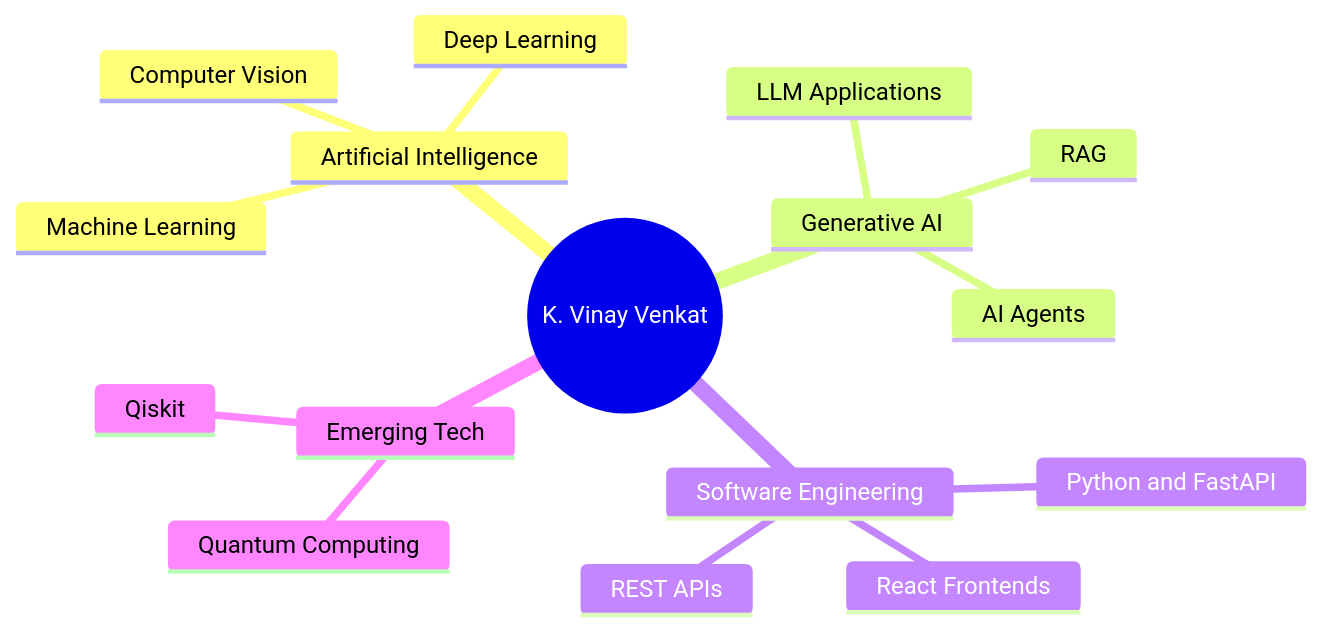
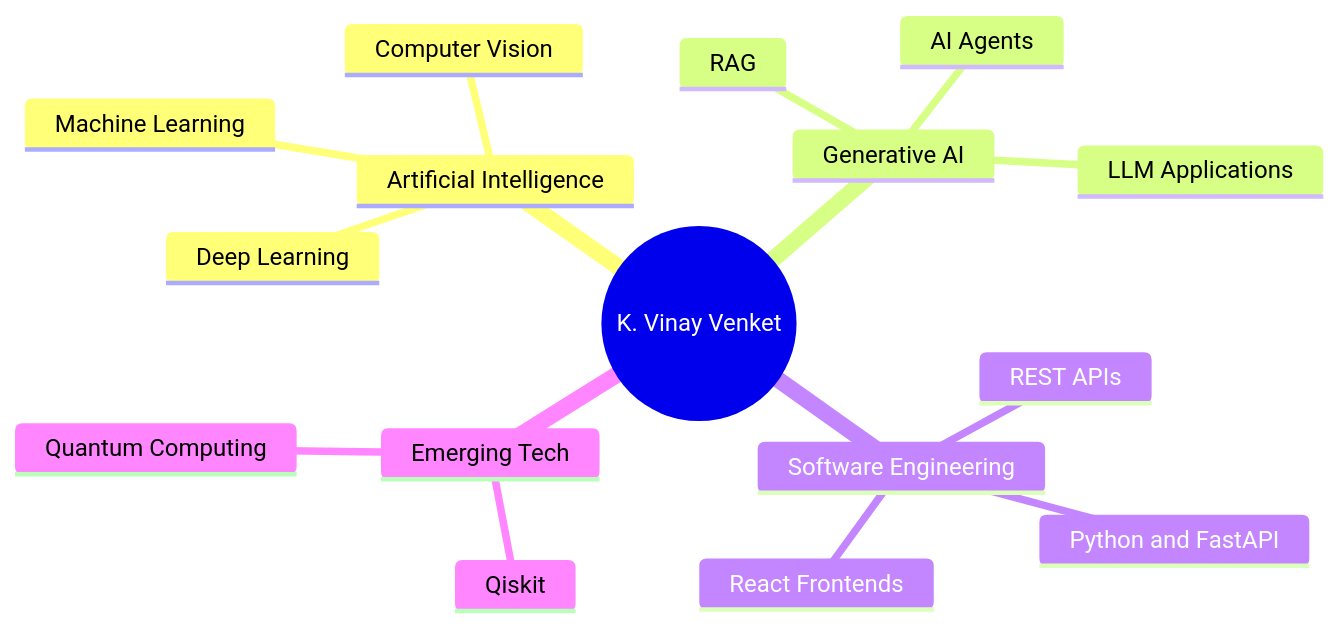
Before and after one commit to vinay-venkat/vinay-venkat: the second of 3 diagrams in README.md, drawn with Mermaid. The commit also changed other lines of this file, not shown here.

````diff
--- a/README.md
+++ b/README.md
@@ -161,19 +126,19 @@
 ```mermaid
 mindmap
-  root((K. Vinay Venkat))
+  root((K. Vinay Venket))
     Artificial Intelligence
       Machine Learning
       Deep Learning
       Computer Vision
     Generative AI
       LLM Applications
       RAG
       AI Agents
     Software Engineering
       Python and FastAPI
       REST APIs
       React Frontends
     Emerging Tech
       Quantum Computing
       Qiskit
 ```
````
